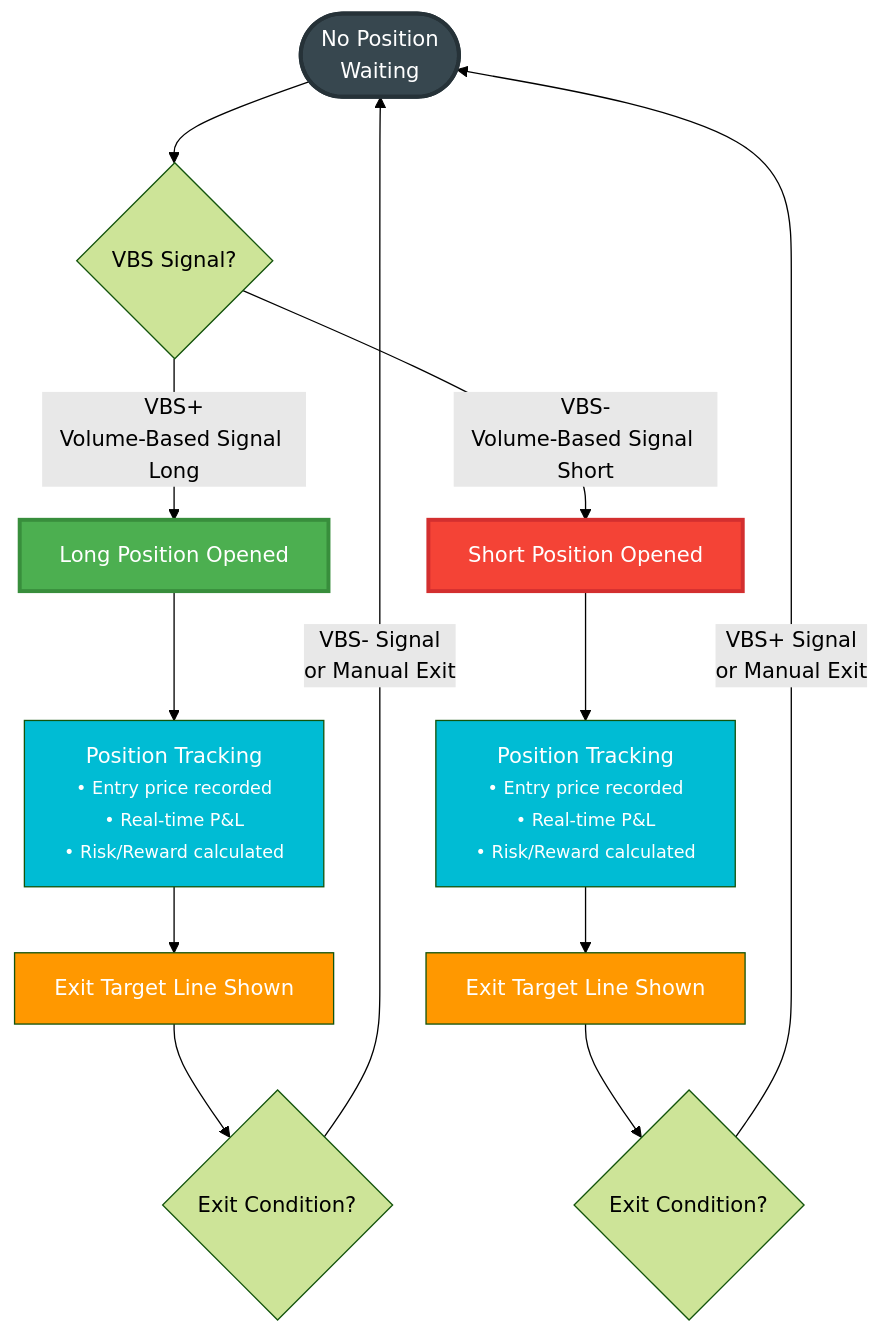
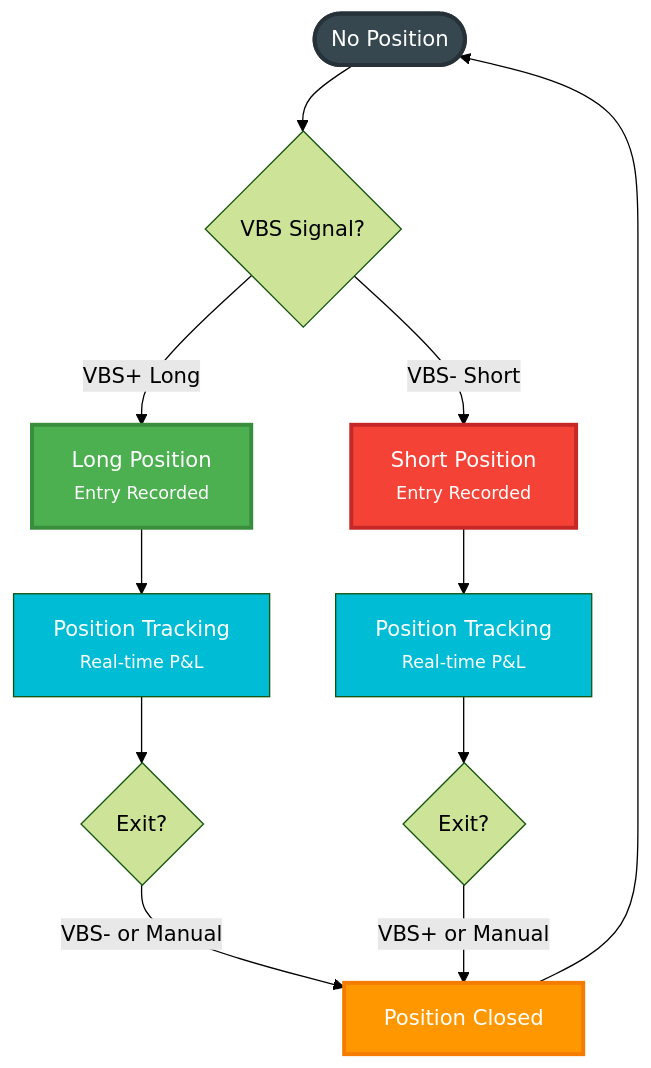
Before and after one commit to Signalpilot/signalpilot-docs: the fifth of 12 diagrams in MERMAID_DIAGRAMS.md, drawn with Mermaid (forest theme).

Commit message:
Remove directive language from Volume Oracle Position Tracking diagram
- Changed "Long Position Opened" → "Long Position Entry Recorded"
- Changed "Short Position Opened" → "Short Position Entry Recorded"
- Simplified "Exit Condition?" → "Exit?"
- Removed intermediate "Exit Target Line" nodes for cleaner flow
- Changed edge labels to "VBS- or Manual" and "VBS+ or Manual"
- Updated to match the cleaner implementation in volume-oracle-v10/index.html
- All language is now observational rather than directive

````diff
--- a/MERMAID_DIAGRAMS.md
+++ b/MERMAID_DIAGRAMS.md
@@ -164,27 +164,25 @@
 ```mermaid
 graph TD
-    Start([No Position<br/>Waiting]) --> Signal{VBS Signal?}
+    Start([No Position]) --> Signal{VBS Signal?}
 
-    Signal -->|VBS+<br/>Volume-Based Signal Long| Long[Long Position Opened]
-    Signal -->|VBS-<br/>Volume-Based Signal Short| Short[Short Position Opened]
+    Signal -->|VBS+ Long| Long[Long Position<br/><small>Entry Recorded</small>]
+    Signal -->|VBS- Short| Short[Short Position<br/><small>Entry Recorded</small>]
 
-    Long --> Track1[Position Tracking<br/><small>• Entry price recorded<br/>• Real-time P&L<br/>• Risk/Reward calculated</small>]
-    Short --> Track2[Position Tracking<br/><small>• Entry price recorded<br/>• Real-time P&L<br/>• Risk/Reward calculated</small>]
+    Long --> Track1[Position Tracking<br/><small>Real-time P&L</small>]
+    Short --> Track2[Position Tracking<br/><small>Real-time P&L</small>]
 
-    Track1 --> Target1[Exit Target Line Shown]
-    Track2 --> Target2[Exit Target Line Shown]
+    Track1 --> Exit1{Exit?}
+    Track2 --> Exit2{Exit?}
 
-    Target1 --> Exit1{Exit Condition?}
-    Target2 --> Exit2{Exit Condition?}
+    Exit1 -->|VBS- or Manual| Close[Position Closed]
+    Exit2 -->|VBS+ or Manual| Close
 
-    Exit1 -->|VBS- Signal<br/>or Manual Exit| Start
-    Exit2 -->|VBS+ Signal<br/>or Manual Exit| Start
+    Close --> Start
 
     style Start fill:#37474f,color:#fff,stroke:#263238,stroke-width:3px
     style Long fill:#4caf50,color:#fff,stroke:#388e3c,stroke-width:3px
-    style Short fill:#f44336,color:#fff,stroke:#d32f2f,stroke-width:3px
+    style Short fill:#f44336,color:#fff,stroke:#c62828,stroke-width:3px
     style Track1 fill:#00bcd4,color:#fff
     style Track2 fill:#00bcd4,color:#fff
-    style Target1 fill:#ff9800,color:#fff
-    style Target2 fill:#ff9800,color:#fff
+    style Close fill:#ff9800,color:#fff,stroke:#f57c00,stroke-width:3px
 ```
````
